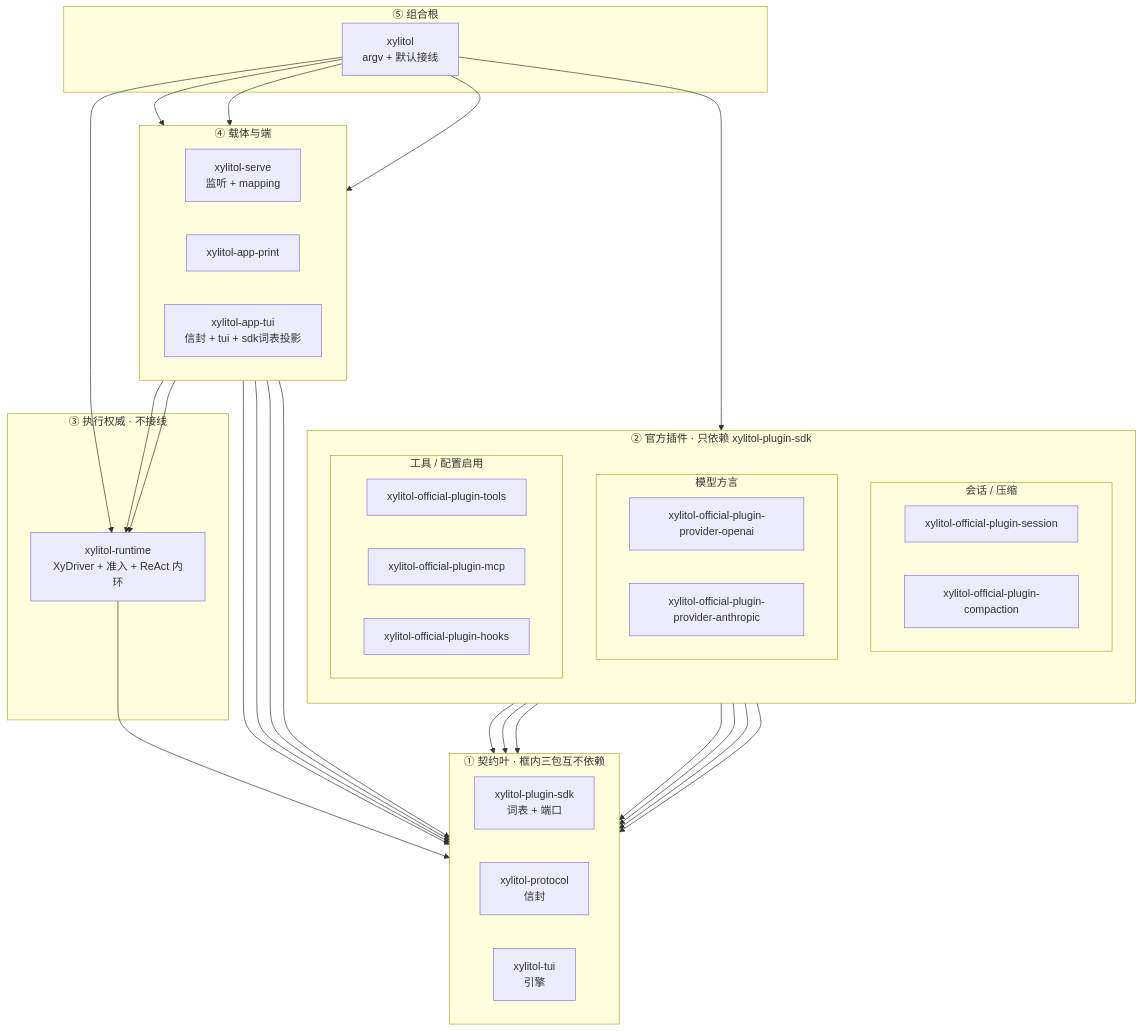
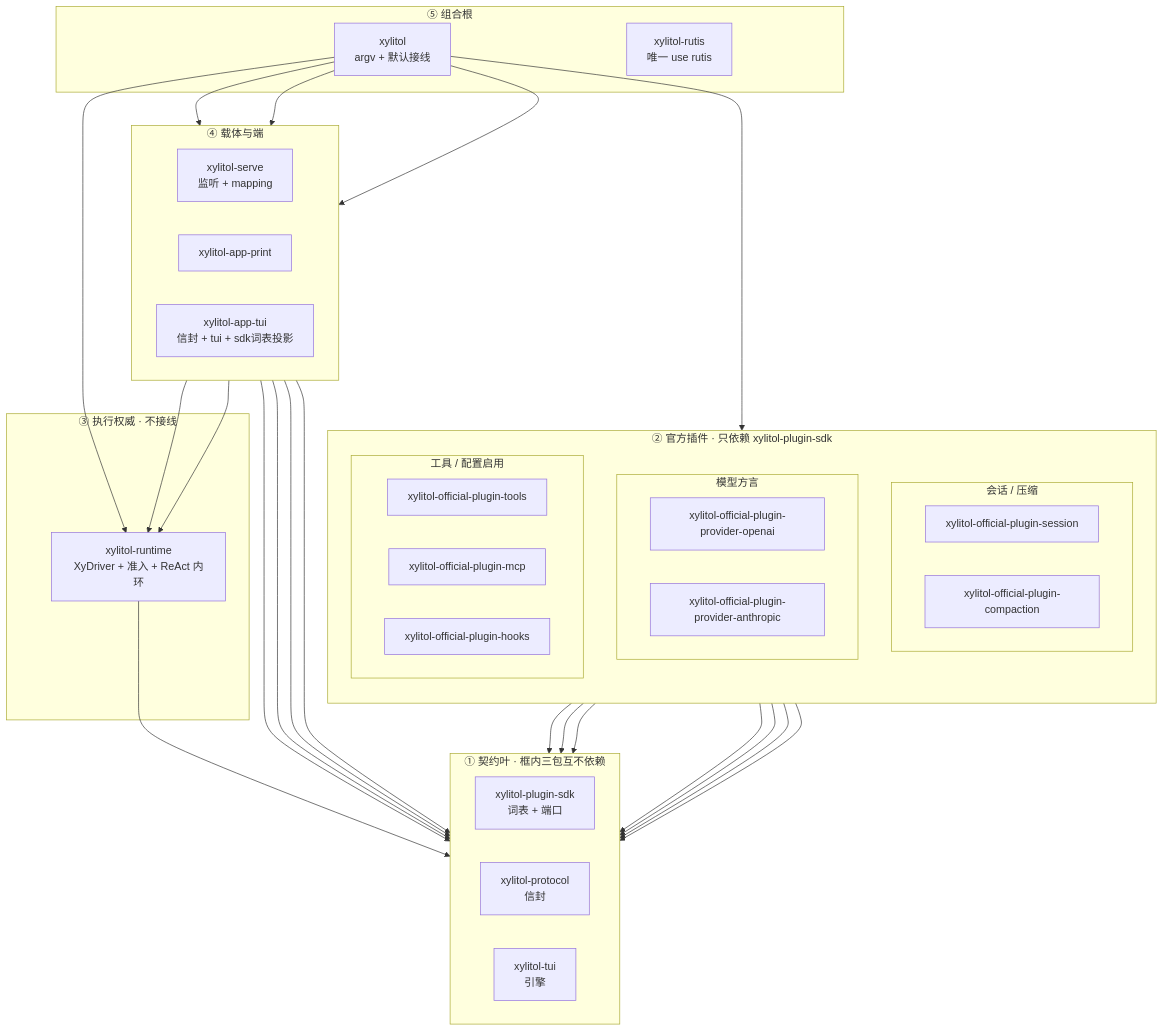
The diagram in src/AGENTS.md (StrayDragon/xylitol), drawn with Mermaid before and after one commit. The commit also changed other lines of this file and 13 other files, not shown here.

First line of the commit message:
feat: add xylitol-rutis and lock workspace-assembly habits

````diff
--- a/src/AGENTS.md
+++ b/src/AGENTS.md
@@ -20,64 +20,65 @@
 ```mermaid
 flowchart TB
   subgraph contracts["① 契约叶 · 框内三包互不依赖"]
     direction LR
     xylitol_plugin_sdk["xylitol-plugin-sdk<br/>词表 + 端口"]
     xylitol_protocol["xylitol-protocol<br/>信封"]
     xylitol_tui["xylitol-tui<br/>引擎"]
   end
 
   subgraph plugins["② 官方插件 · 只依赖 xylitol-plugin-sdk"]
     direction TB
     subgraph plugins_loop["会话 / 压缩"]
       direction LR
       xylitol_official_plugin_session["xylitol-official-plugin-session"]
       xylitol_official_plugin_compaction["xylitol-official-plugin-compaction"]
     end
     subgraph plugins_model["模型方言"]
       direction LR
       xylitol_official_plugin_provider_openai["xylitol-official-plugin-provider-openai"]
       xylitol_official_plugin_provider_anthropic["xylitol-official-plugin-provider-anthropic"]
     end
     subgraph plugins_ext["工具 / 配置启用"]
       direction LR
       xylitol_official_plugin_tools["xylitol-official-plugin-tools"]
       xylitol_official_plugin_mcp["xylitol-official-plugin-mcp"]
       xylitol_official_plugin_hooks["xylitol-official-plugin-hooks"]
     end
   end
 
   subgraph kernel["③ 执行权威 · 不接线"]
     xylitol_runtime["xylitol-runtime<br/>XyDriver + 准入 + ReAct 内环"]
   end
 
   subgraph surfaces["④ 载体与端"]
     direction LR
     xylitol_serve["xylitol-serve<br/>监听 + mapping"]
     xylitol_app_print["xylitol-app-print"]
     xylitol_app_tui["xylitol-app-tui<br/>信封 + tui + sdk词表投影"]
   end
 
   subgraph root["⑤ 组合根"]
     xylitol["xylitol<br/>argv + 默认接线"]
+    xylitol_rutis["xylitol-rutis<br/>唯一 use rutis"]
   end
 
   xylitol_official_plugin_session --> xylitol_plugin_sdk
   xylitol_official_plugin_compaction --> xylitol_plugin_sdk
   xylitol_official_plugin_provider_openai --> xylitol_plugin_sdk
   xylitol_official_plugin_provider_anthropic --> xylitol_plugin_sdk
   xylitol_official_plugin_tools --> xylitol_plugin_sdk
   xylitol_official_plugin_mcp --> xylitol_plugin_sdk
   xylitol_official_plugin_hooks --> xylitol_plugin_sdk
   xylitol_runtime --> xylitol_plugin_sdk
   xylitol_serve --> xylitol_runtime
   xylitol_serve --> xylitol_protocol
   xylitol_app_print --> xylitol_runtime
   xylitol_app_tui --> xylitol_protocol
   xylitol_app_tui --> xylitol_tui
   xylitol_app_tui --> xylitol_plugin_sdk
   xylitol --> plugins
   xylitol --> xylitol_runtime
   xylitol --> xylitol_serve
   xylitol --> xylitol_app_print
   xylitol --> xylitol_app_tui
 ```
````
